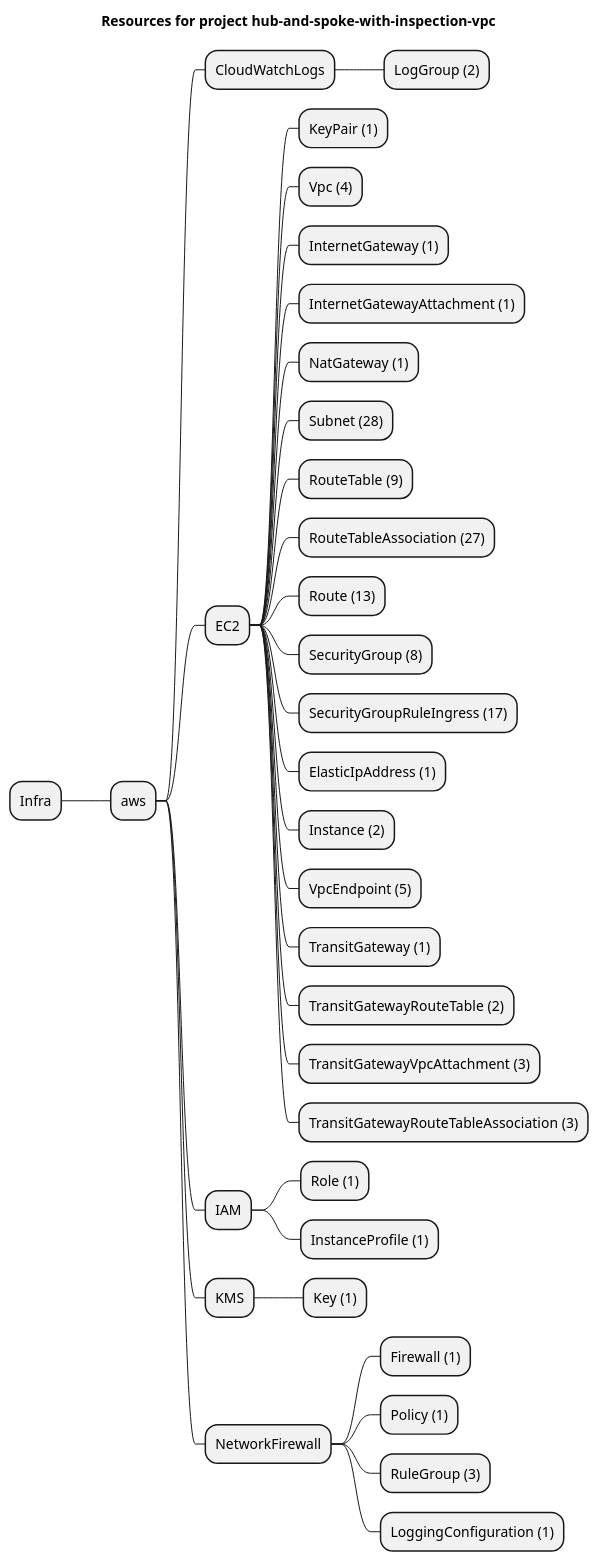
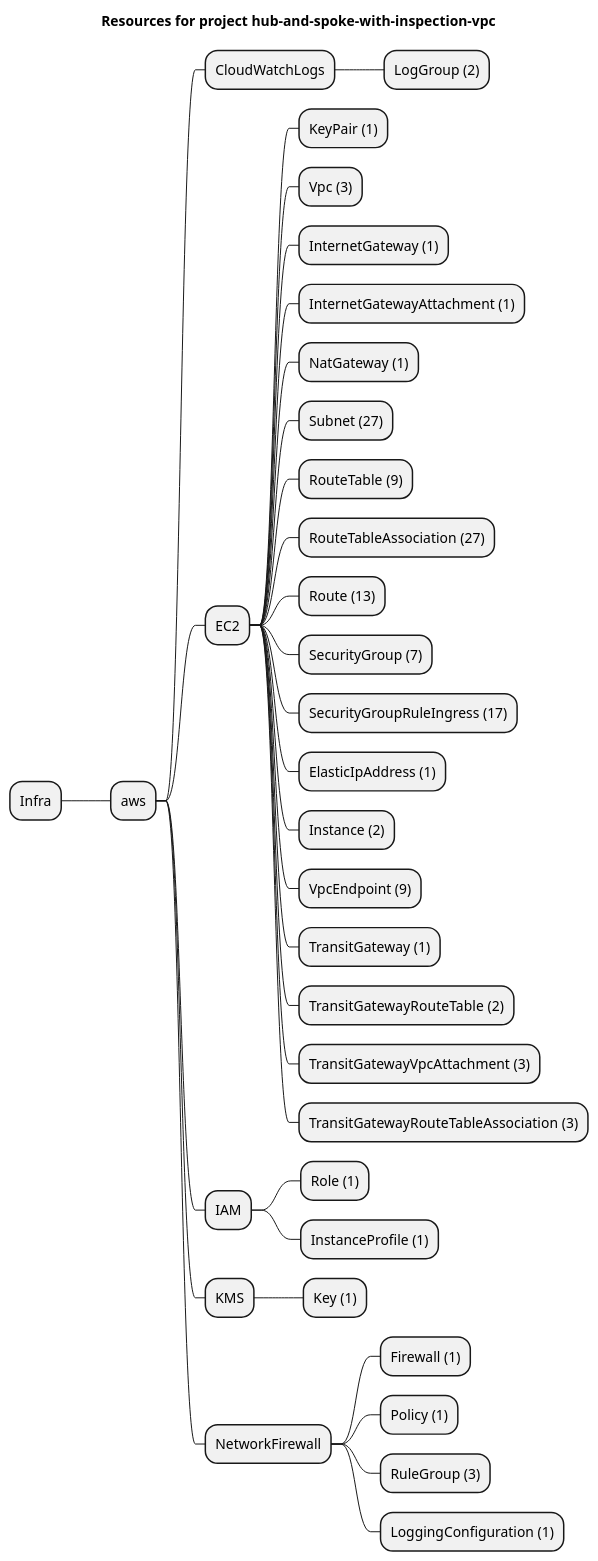
The diagram in examples/aws/EC2/hub-and-spoke-with-inspection-vpc/artifacts/resources-mindmap.puml (grucloud/grucloud), drawn with PlantUML before and after one commit. The commit also changed 23 other files, not shown here.

Commit message:
VpcEndpoint name with vpc, roles as dependencies

```diff
--- a/examples/aws/EC2/hub-and-spoke-with-inspection-vpc/artifacts/resources-mindmap.puml
+++ b/examples/aws/EC2/hub-and-spoke-with-inspection-vpc/artifacts/resources-mindmap.puml
@@ -1,37 +1,37 @@
 @startmindmap
 title Resources for project hub-and-spoke-with-inspection-vpc
 skinparam monochrome true
 + Infra
 ++ aws
 +++ CloudWatchLogs
 ++++ LogGroup (2)
 +++ EC2
 ++++ KeyPair (1)
-++++ Vpc (4)
+++++ Vpc (3)
 ++++ InternetGateway (1)
 ++++ InternetGatewayAttachment (1)
 ++++ NatGateway (1)
-++++ Subnet (28)
+++++ Subnet (27)
 ++++ RouteTable (9)
 ++++ RouteTableAssociation (27)
 ++++ Route (13)
-++++ SecurityGroup (8)
+++++ SecurityGroup (7)
 ++++ SecurityGroupRuleIngress (17)
 ++++ ElasticIpAddress (1)
 ++++ Instance (2)
-++++ VpcEndpoint (5)
+++++ VpcEndpoint (9)
 ++++ TransitGateway (1)
 ++++ TransitGatewayRouteTable (2)
 ++++ TransitGatewayVpcAttachment (3)
 ++++ TransitGatewayRouteTableAssociation (3)
 +++ IAM
 ++++ Role (1)
 ++++ InstanceProfile (1)
 +++ KMS
 ++++ Key (1)
 +++ NetworkFirewall
 ++++ Firewall (1)
 ++++ Policy (1)
 ++++ RuleGroup (3)
 ++++ LoggingConfiguration (1)
 @endmindmap
```
